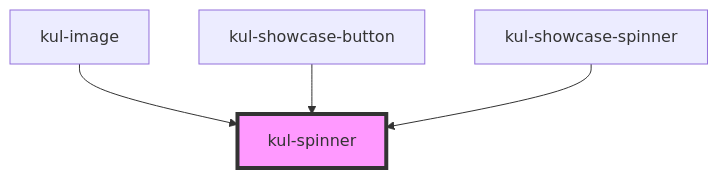
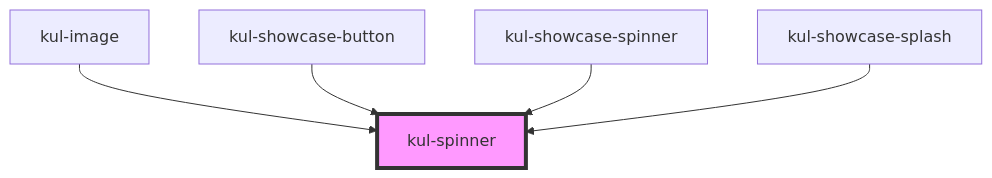
One commit to smeup/ketchup changed the diagram in packages/ketchup-lite/src/components/kul-spinner/readme.md. Above: the diagram before and after it, drawn with Mermaid. The commit also changed other lines of this file and 2 other files, not shown here.

Commit message:
chore (spinner): started legacy code refactor

````diff
--- a/packages/ketchup-lite/src/components/kul-spinner/readme.md
+++ b/packages/ketchup-lite/src/components/kul-spinner/readme.md
@@ -100,7 +101,8 @@
 ```mermaid
 graph TD;
   kul-image --> kul-spinner
   kul-showcase-button --> kul-spinner
   kul-showcase-spinner --> kul-spinner
+  kul-showcase-splash --> kul-spinner
   style kul-spinner fill:#f9f,stroke:#333,stroke-width:4px
 ```
````
